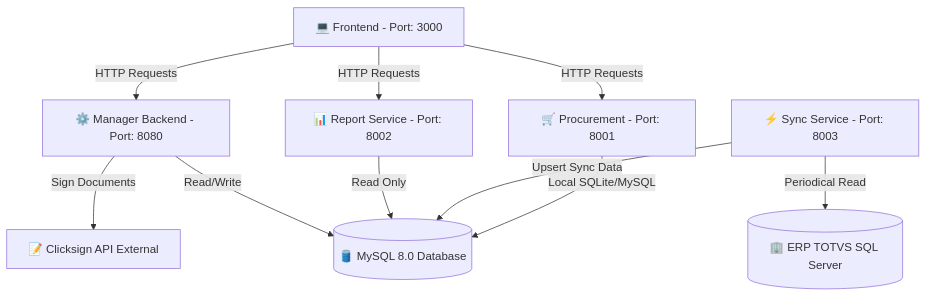
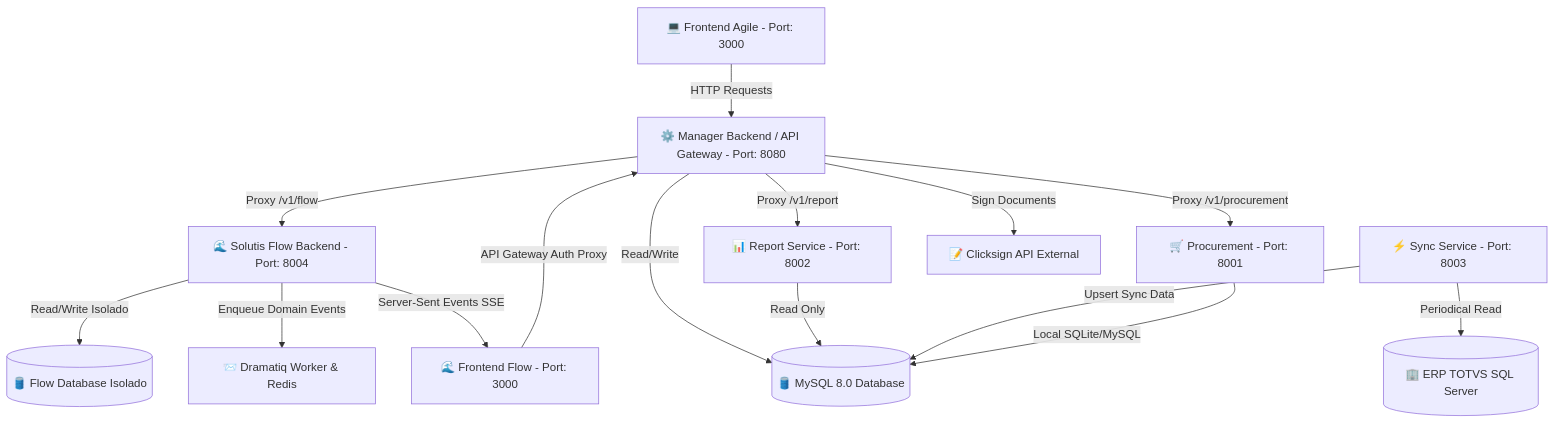
One commit to pedrogs97/solutis-agile changed the diagram in .spec/architecture.md. Above: the diagram before and after it, drawn with Mermaid. The commit also changed other lines of this file and 71 other files, not shown here.

Commit message:
feat: add flow service

````diff
--- a/.spec/architecture.md
+++ b/.spec/architecture.md
@@ -5,31 +5,41 @@
 ```mermaid
 graph TD
     %% Frontend
-    FE[💻 Frontend - Port: 3000]
+    FE[💻 Frontend Agile - Port: 3000]
+    FL[🌊 Frontend Flow - Port: 3000]
 
     %% APIs / Backends
-    MB[⚙️ Manager Backend - Port: 8080]
+    MB[⚙️ Manager Backend / API Gateway - Port: 8080]
     PR[🛒 Procurement - Port: 8001]
     RP[📊 Report Service - Port: 8002]
     SY[⚡ Sync Service - Port: 8003]
+    FB[🌊 Solutis Flow Backend - Port: 8004]
+
+    %% Queues & Workers
+    DQ[📨 Dramatiq Worker & Redis]
 
     %% Databases / External
     DB[(🛢️ MySQL 8.0 Database)]
+    FDB[(🛢️ Flow Database Isolado)]
     TOTVS[(🏢 ERP TOTVS SQL Server)]
     CS[📝 Clicksign API External]
 
     %% Connections
     FE -->|HTTP Requests| MB
-    FE -->|HTTP Requests| PR
-    FE -->|HTTP Requests| RP
+    FL -->|API Gateway Auth Proxy| MB
+    MB -->|Proxy /v1/flow| FB
+    MB -->|Proxy /v1/procurement| PR
+    MB -->|Proxy /v1/report| RP
 
     MB -->|Read/Write| DB
     MB -->|Sign Documents| CS
 
+    FB -->|Read/Write Isolado| FDB
+    FB -->|Enqueue Domain Events| DQ
+    FB -->|Server-Sent Events SSE| FL
+
     RP -->|Read Only| DB
-
     SY -->|Periodical Read| TOTVS
     SY -->|Upsert Sync Data| DB
-
     PR -->|Local SQLite/MySQL| DB
 ```
````
